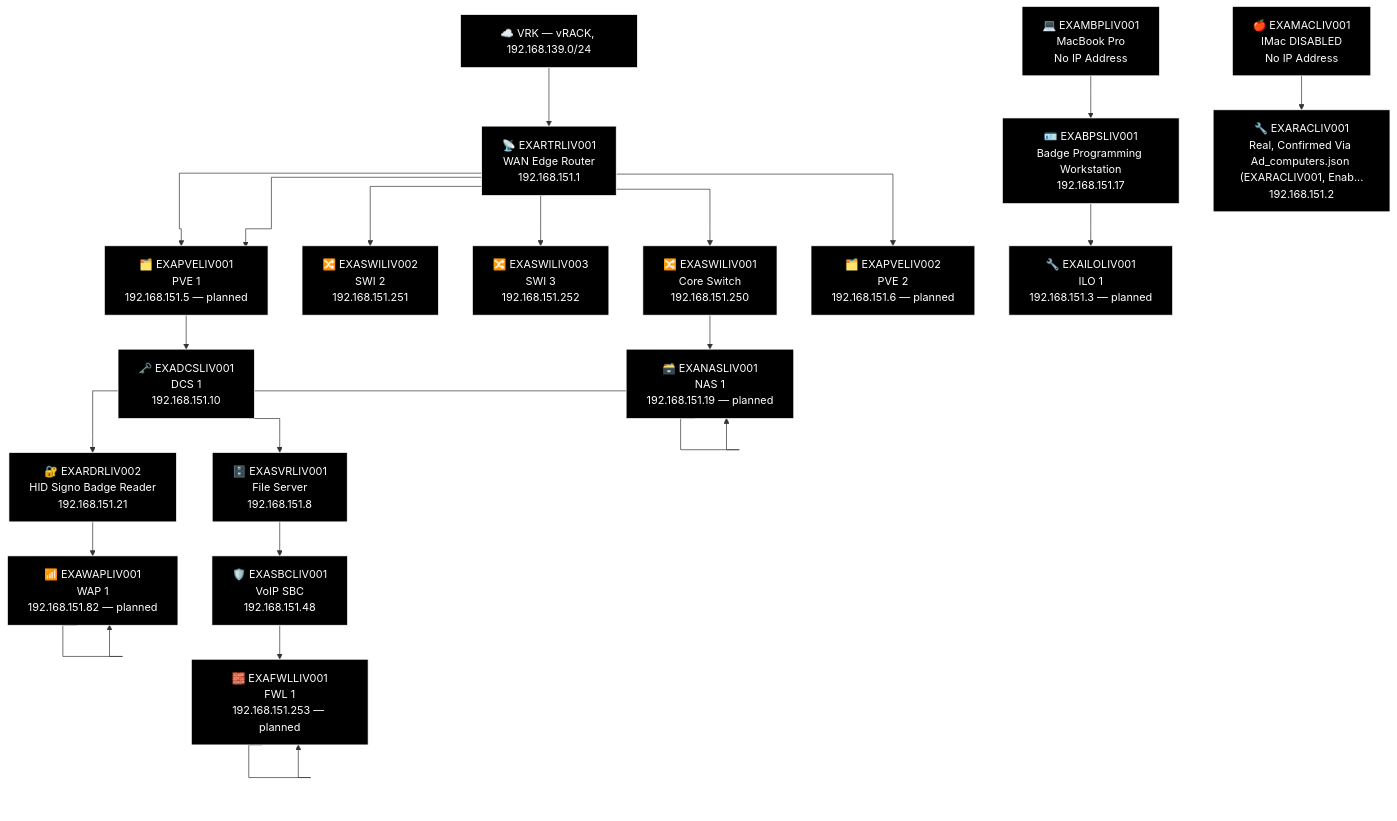
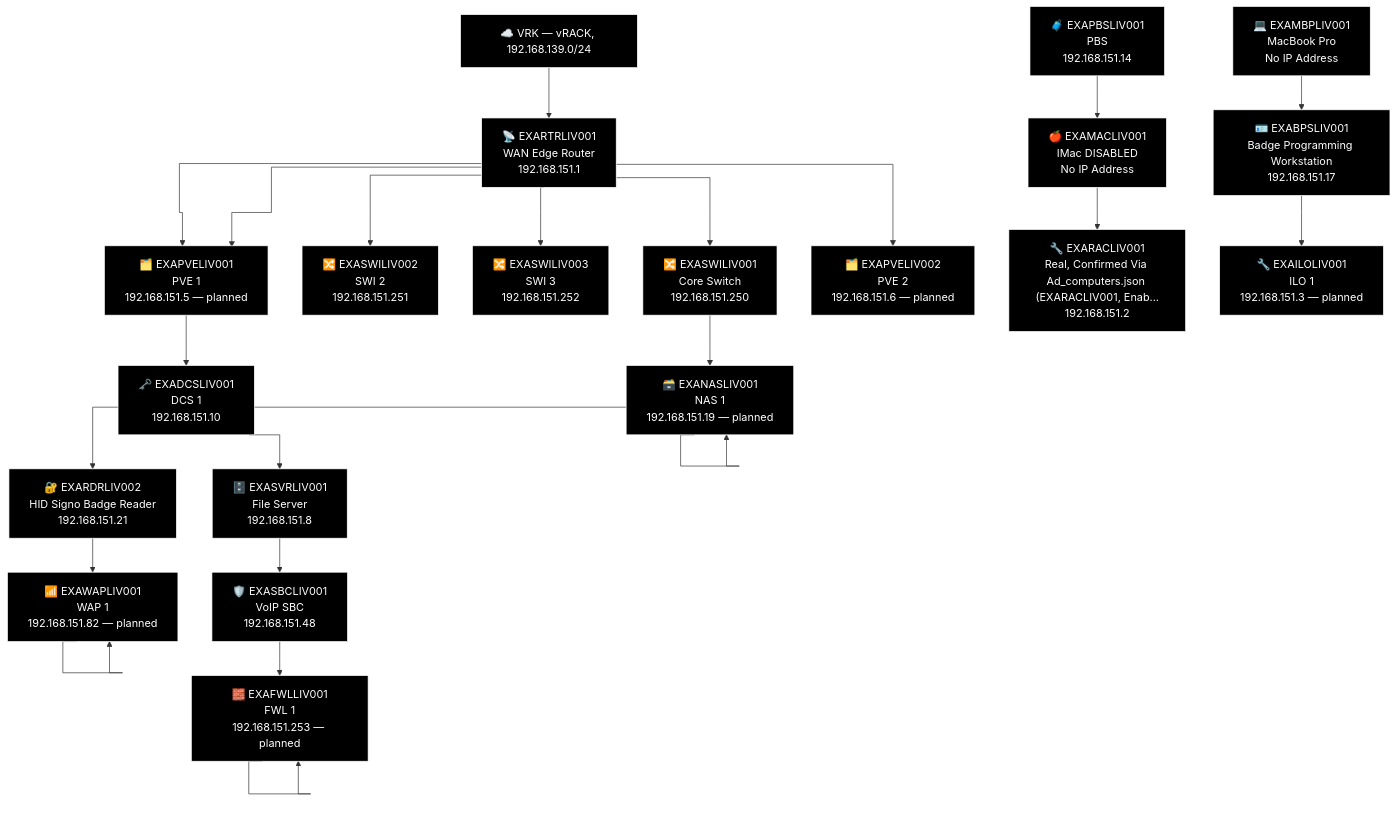
Diagram 12 of 27 in docs/network-diagram/england.md (knightmare2600/example_music_infra), drawn with Mermaid before and after one commit. The commit also changed other lines of this file and 14 other files, not shown here.

First line of the commit message:
docs/network-diagram: regenerate, every site was missing its PBS node

````diff
--- a/docs/network-diagram/england.md
+++ b/docs/network-diagram/england.md
@@ -634,63 +640,65 @@
 ```mermaid
 %% GENERATED:TOPOLOGY:LIV:START
 %%{init: {'flowchart': {'curve': 'stepAfter'}}}%%
 graph TD
     T_VRK["☁️ VRK — vRACK, 192.168.139.0/24"]
     T_RTR["📡 EXARTRLIV001<br/>WAN Edge Router<br/>192.168.151.1"]
     T_VRK --> T_RTR
     T_PVE["🗂️ EXAPVELIV001<br/>PVE 1<br/>192.168.151.5"]
     T_RTR --> T_PVE
     T_SWI["🔀 EXASWILIV002<br/>SWI 2<br/>192.168.151.251"]
     T_RTR --> T_SWI
     T_SWI2["🔀 EXASWILIV003<br/>SWI 3<br/>192.168.151.252"]
     T_RTR --> T_SWI2
     T_SWI3["🔀 EXASWILIV001<br/>Core Switch<br/>192.168.151.250"]
     T_RTR --> T_SWI3
     T_PVE["🗂️ EXAPVELIV001<br/>PVE 1<br/>192.168.151.5 — planned"]
     T_RTR --> T_PVE
     T_PVE2["🗂️ EXAPVELIV002<br/>PVE 2<br/>192.168.151.6 — planned"]
     T_RTR --> T_PVE2
     T_NAS["🗃️ EXANASLIV001<br/>NAS<br/>192.168.151.19"]
     T_NAS["🗃️ EXANASLIV001<br/>NAS 1<br/>192.168.151.19 — planned"]
     T_RDR["🔐 EXARDRLIV002<br/>HID Signo Badge Reader<br/>192.168.151.21"]
     T_WAP["📶 EXAWAPLIV001<br/>WAP 1<br/>192.168.151.82"]
     T_WAP["📶 EXAWAPLIV001<br/>WAP 1<br/>192.168.151.82 — planned"]
     T_SWI3 --> T_NAS --> T_NAS --> T_RDR --> T_WAP --> T_WAP
     T_DCS["🗝️ EXADCSLIV001<br/>DCS 1<br/>192.168.151.10"]
     T_SVR["🗄️ EXASVRLIV001<br/>File Server<br/>192.168.151.8"]
     T_SBC["🛡️ EXASBCLIV001<br/>VoIP SBC<br/>192.168.151.48"]
     T_FWL["🧱 EXAFWLLIV001<br/>LAN Face<br/>192.168.151.253"]
     T_FWL["🧱 EXAFWLLIV001<br/>FWL 1<br/>192.168.151.253 — planned"]
     T_PVE --> T_DCS --> T_SVR --> T_SBC --> T_FWL --> T_FWL
+    T_PBS["🧳 EXAPBSLIV001<br/>PBS<br/>192.168.151.14"]
     T_MBP["💻 EXAMBPLIV001<br/>MacBook Pro<br/>No IP Address"]
     T_MAC["🍎 EXAMACLIV001<br/>IMac DISABLED<br/>No IP Address"]
     T_BPS["🪪 EXABPSLIV001<br/>Badge Programming Workstation<br/>192.168.151.17"]
     T_RAC["🔧 EXARACLIV001<br/>Real, Confirmed Via Ad_computers.json (EXARACLIV001, Enab...<br/>192.168.151.2"]
     T_ILO["🔧 EXAILOLIV001<br/>ILO 1<br/>192.168.151.3 — planned"]
+    T_PBS --> T_MAC --> T_RAC
     T_MBP --> T_BPS --> T_ILO
-    T_MAC --> T_RAC
     style T_VRK fill:#000000,stroke:#FFFFFF,color:#FFFFFF
     style T_RTR fill:#000000,stroke:#FFFFFF,color:#FFFFFF
     style T_PVE fill:#000000,stroke:#FFFFFF,color:#FFFFFF
     style T_SWI fill:#000000,stroke:#FFFFFF,color:#FFFFFF
     style T_SWI2 fill:#000000,stroke:#FFFFFF,color:#FFFFFF
     style T_SWI3 fill:#000000,stroke:#FFFFFF,color:#FFFFFF
     style T_PVE fill:#000000,stroke:#FFFFFF,color:#FFFFFF
     style T_PVE2 fill:#000000,stroke:#FFFFFF,color:#FFFFFF
     style T_NAS fill:#000000,stroke:#FFFFFF,color:#FFFFFF
     style T_NAS fill:#000000,stroke:#FFFFFF,color:#FFFFFF
     style T_RDR fill:#000000,stroke:#FFFFFF,color:#FFFFFF
     style T_WAP fill:#000000,stroke:#FFFFFF,color:#FFFFFF
     style T_WAP fill:#000000,stroke:#FFFFFF,color:#FFFFFF
     style T_DCS fill:#000000,stroke:#FFFFFF,color:#FFFFFF
     style T_SVR fill:#000000,stroke:#FFFFFF,color:#FFFFFF
     style T_SBC fill:#000000,stroke:#FFFFFF,color:#FFFFFF
     style T_FWL fill:#000000,stroke:#FFFFFF,color:#FFFFFF
     style T_FWL fill:#000000,stroke:#FFFFFF,color:#FFFFFF
+    style T_PBS fill:#000000,stroke:#FFFFFF,color:#FFFFFF
     style T_MBP fill:#000000,stroke:#FFFFFF,color:#FFFFFF
     style T_MAC fill:#000000,stroke:#FFFFFF,color:#FFFFFF
     style T_BPS fill:#000000,stroke:#FFFFFF,color:#FFFFFF
     style T_RAC fill:#000000,stroke:#FFFFFF,color:#FFFFFF
     style T_ILO fill:#000000,stroke:#FFFFFF,color:#FFFFFF
 %% GENERATED:TOPOLOGY:LIV:END
 ```
````
